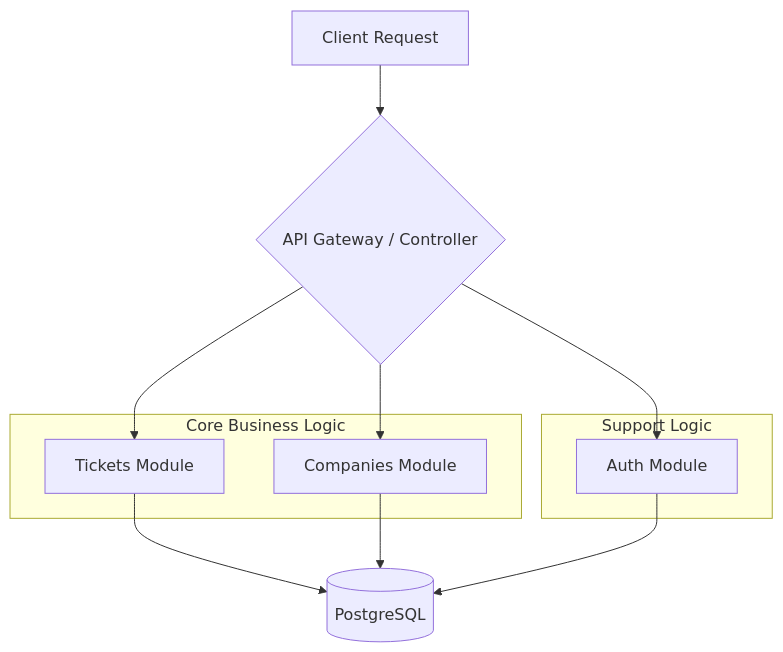
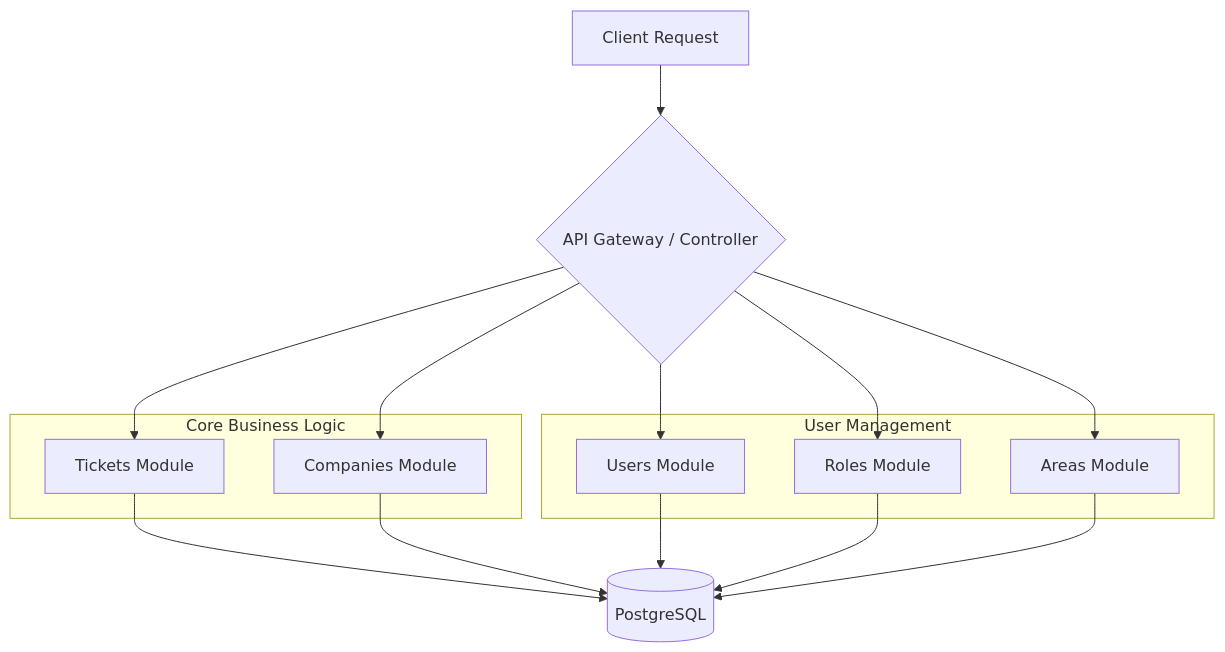
One commit to emmottmarcelo2026-jpg/soporte-api changed the diagram in README.md. Above: the diagram before and after it, drawn with Mermaid. The commit also changed other lines of this file and 6 other files, not shown here.

````diff
--- a/README.md
+++ b/README.md
@@ -77,20 +100,26 @@
 ```mermaid
 graph TD
     A[Client Request] --> B{API Gateway / Controller}
     B --> C[Tickets Module]
     B --> D[Companies Module]
-    B --> E[Auth Module]
+    B --> E[Users Module]
+    B --> F[Roles Module]
+    B --> G[Areas Module]
     
-    C --> F[(PostgreSQL)]
-    D --> F
-    E --> F
+    C --> H[(PostgreSQL)]
+    D --> H
+    E --> H
+    F --> H
+    G --> H
     
     subgraph "Core Business Logic"
     C
     D
     end
     
-    subgraph "Support Logic"
+    subgraph "User Management"
     E
+    F
+    G
     end
 ```
````
